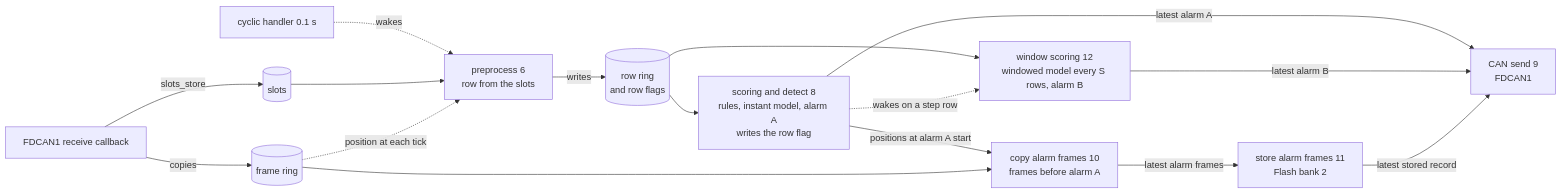
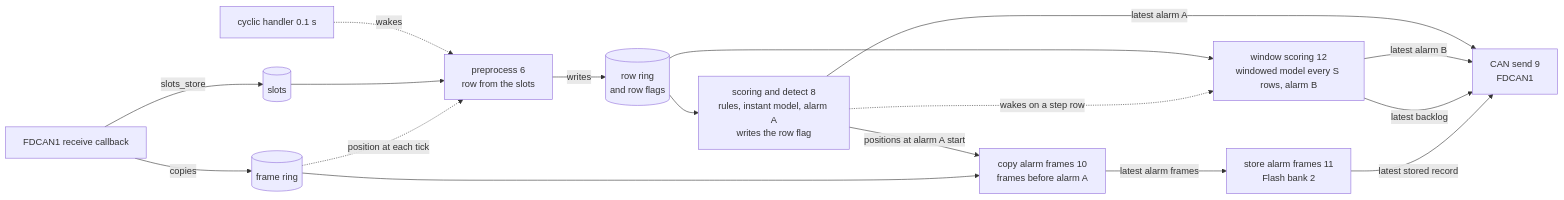
The diagram in board/docs/goal_window.md (asana17/ai_can_anomaly_detection), drawn with Mermaid before and after one commit. The commit also changed 17 other files, not shown here.

````diff
--- a/board/docs/goal_window.md
+++ b/board/docs/goal_window.md
@@ -88,18 +88,19 @@
 ```mermaid
 flowchart LR
     irq["FDCAN1 receive callback"] -- slots_store --> slots[(slots)]
     irq -- copies --> frames[(frame ring)]
     tick[cyclic handler 0.1 s] -. wakes .-> pre
     slots --> pre["preprocess 6<br/>row from the slots"]
     frames -. position at each tick .-> pre
     pre -- writes --> ring[(row ring<br/>and row flags)]
     ring --> sd["scoring and detect 8<br/>rules, instant model, alarm A<br/>writes the row flag"]
     ring --> win["window scoring 12<br/>windowed model every S rows, alarm B"]
     sd -. wakes on a step row .-> win
     sd -- latest alarm A --> can["CAN send 9<br/>FDCAN1"]
     win -- latest alarm B --> can
     sd -- positions at alarm A start --> copy["copy alarm frames 10<br/>frames before alarm A"]
     frames --> copy
     copy -- latest alarm frames --> store["store alarm frames 11<br/>Flash bank 2"]
+    win -- latest backlog --> can
     store -- latest stored record --> can
 ```
````
